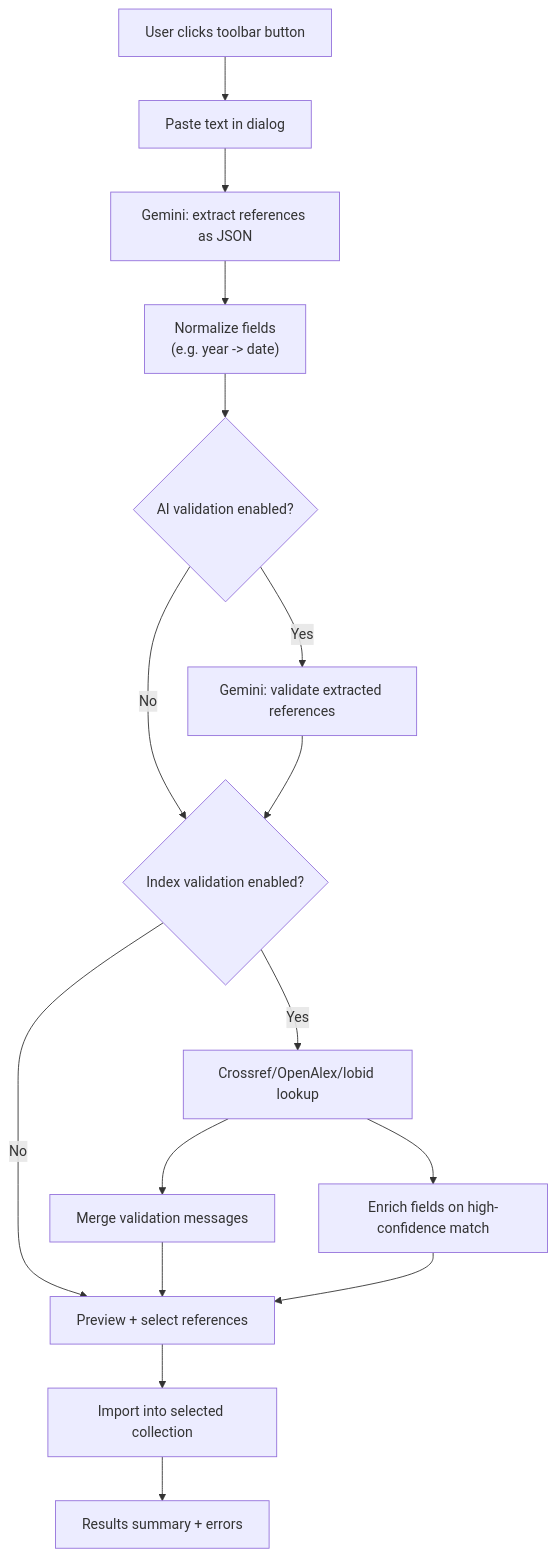
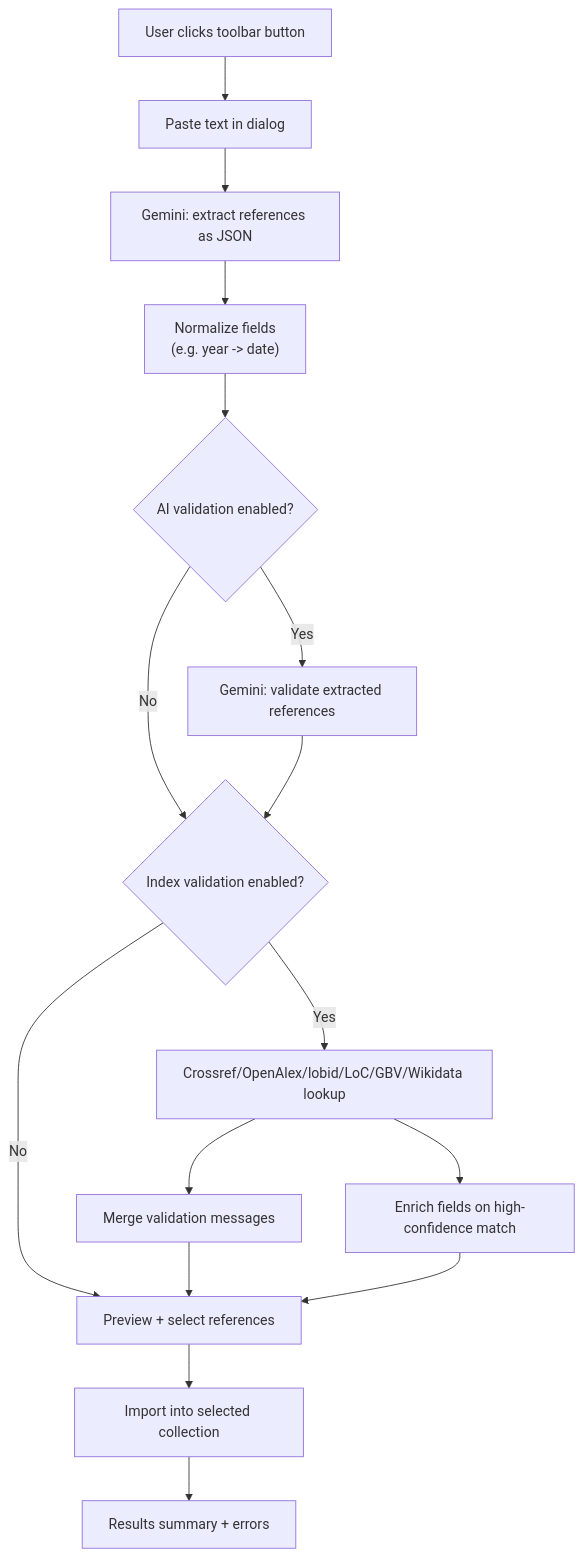
The diagram in README.md (jmiba/Zotero-add-items-from-text), drawn with Mermaid before and after one commit. The commit also changed other lines of this file and 11 other files, not shown here.

First line of the commit message:
feat: Enhance indexing capabilities with new sources (LoC, GBV, Wikidata)

````diff
--- a/README.md
+++ b/README.md
@@ -19,18 +19,18 @@
 ```mermaid
 flowchart TD
   A[User clicks toolbar button] --> B[Paste text in dialog]
   B --> C[Gemini: extract references as JSON]
   C --> D["Normalize fields\n(e.g. year -> date)"]
   D --> E{AI validation enabled?}
   E -- Yes --> F[Gemini: validate extracted references]
   E -- No --> G
   F --> G{Index validation enabled?}
-  G -- Yes --> H[Crossref/OpenAlex/lobid lookup]
+  G -- Yes --> H[Crossref/OpenAlex/lobid/LoC/GBV/Wikidata lookup]
   H --> I[Merge validation messages]
   H --> J[Enrich fields on high-confidence match]
   G -- No --> K
   I --> K[Preview + select references]
   J --> K
   K --> L[Import into selected collection]
   L --> M[Results summary + errors]
 ```
````
